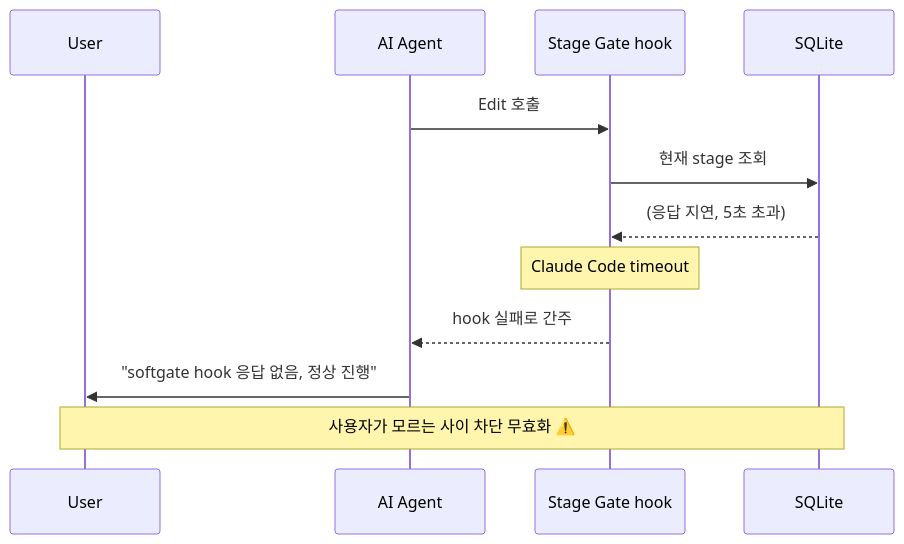
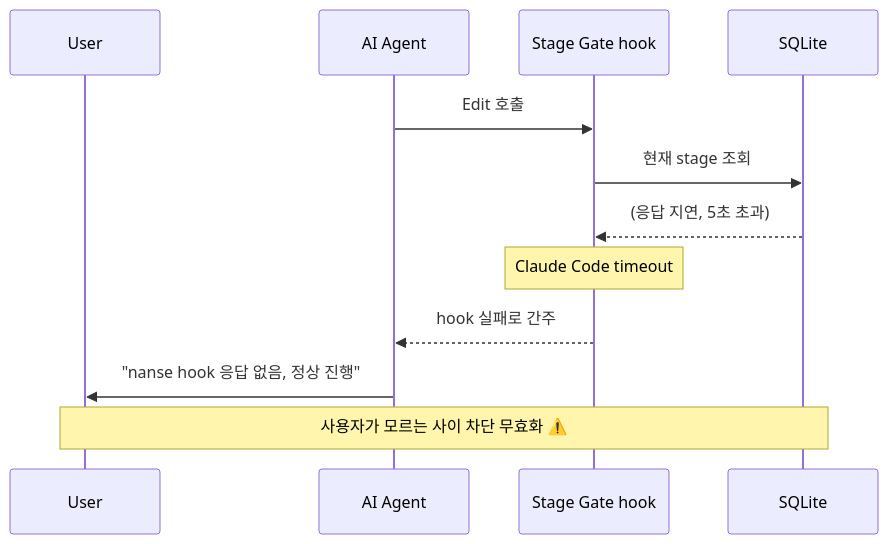
One commit to YujunOh/NaN-SE changed the fourth of 6 diagrams in docs/REQUIREMENTS.md. Above: the diagram before and after it, drawn with Mermaid. The commit also changed other lines of this file and 58 other files, not shown here.

````diff
--- a/docs/REQUIREMENTS.md
+++ b/docs/REQUIREMENTS.md
@@ -154,15 +154,15 @@
 ```mermaid
 sequenceDiagram
     participant U as User
     participant AI as AI Agent
     participant SG as Stage Gate hook
     participant DB as SQLite
 
     AI->>SG: Edit 호출
     SG->>DB: 현재 stage 조회
     DB-->>SG: (응답 지연, 5초 초과)
     Note over SG: Claude Code timeout
     SG-->>AI: hook 실패로 간주
-    AI->>U: "softgate hook 응답 없음, 정상 진행"
+    AI->>U: "nanse hook 응답 없음, 정상 진행"
     Note over U,DB: 사용자가 모르는 사이 차단 무효화 ⚠️
 ```
````
